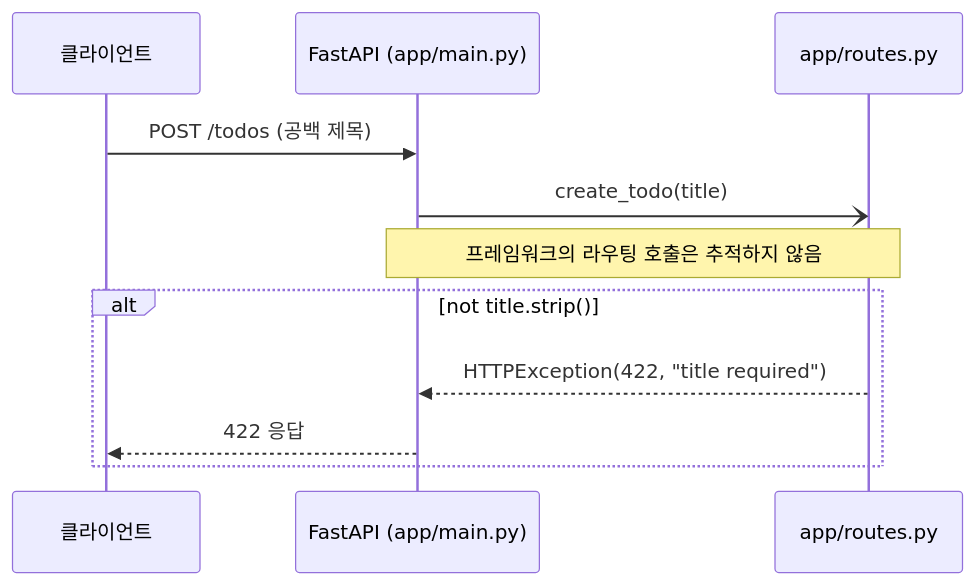
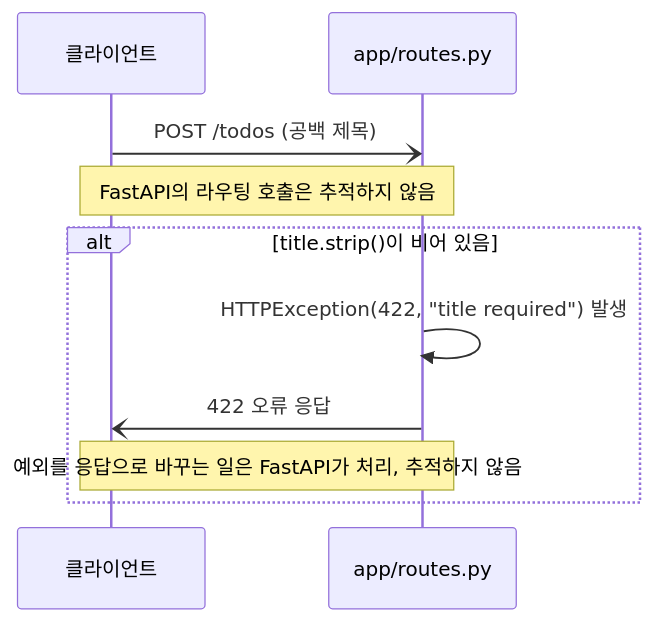
One commit to hxxnn/codemap changed the third of 3 diagrams in examples/python-todo-api/docs/codemap/sequence-flow.md. Above: the diagram before and after it, drawn with Mermaid. The commit also changed other lines of this file and 45 other files, not shown here.

````diff
--- a/examples/python-todo-api/docs/codemap/sequence-flow.md
+++ b/examples/python-todo-api/docs/codemap/sequence-flow.md
@@ -88,13 +81,12 @@
 ```mermaid
 sequenceDiagram
   participant C as 클라이언트
-  participant F as FastAPI (app/main.py)
   participant R as app/routes.py
-  C->>F: POST /todos (공백 제목)
-  F-)R: create_todo(title)
-  Note over F,R: 프레임워크의 라우팅 호출은 추적하지 않음
-  alt not title.strip()
-    R-->>F: HTTPException(422, "title required")
-    F-->>C: 422 응답
+  C-)R: POST /todos (공백 제목)
+  Note over C,R: FastAPI의 라우팅 호출은 추적하지 않음
+  alt title.strip()이 비어 있음
+    R->>R: HTTPException(422, "title required") 발생
+    R-)C: 422 오류 응답
+    Note over R,C: 예외를 응답으로 바꾸는 일은 FastAPI가 처리, 추적하지 않음
   end
 ```
````
